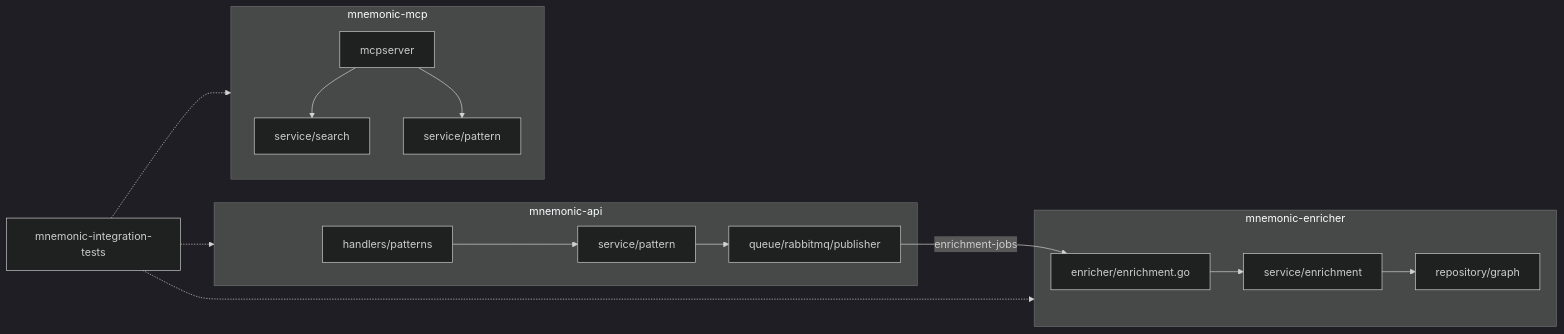
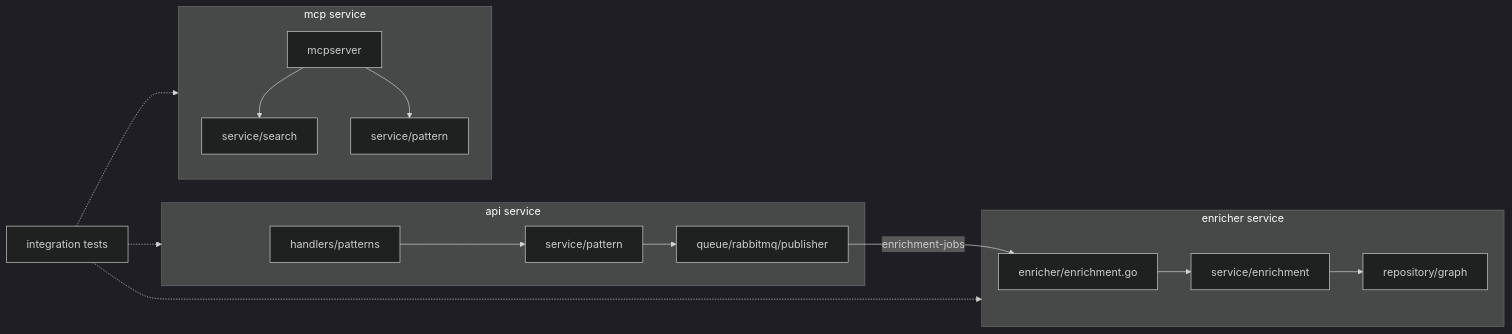
The diagram in docs/design/requirements-traceability.md (twistingmercury/mnemonic), drawn with Mermaid (dark theme) before and after one commit. The commit also changed other lines of this file and 35 other files, not shown here.

````diff
--- a/docs/design/requirements-traceability.md
+++ b/docs/design/requirements-traceability.md
@@ -20,19 +22,19 @@
 ```mermaid
 flowchart LR
-    subgraph API[mnemonic-api]
+    subgraph API[api service]
         H[handlers/patterns] --> PS[service/pattern]
         PS --> PUB[queue/rabbitmq/publisher]
     end
-    subgraph ENR[mnemonic-enricher]
+    subgraph ENR[enricher service]
         W[enricher/enrichment.go] --> ES[service/enrichment]
         ES --> GR[repository/graph]
     end
-    subgraph MCP[mnemonic-mcp]
+    subgraph MCP[mcp service]
         T[mcpserver] --> SS[service/search]
         T --> PSV[service/pattern]
     end
     PUB -->|enrichment-jobs| W
-    IT[mnemonic-integration-tests] -.-> API
+    IT[integration tests] -.-> API
     IT -.-> MCP
     IT -.-> ENR
 ```
````
